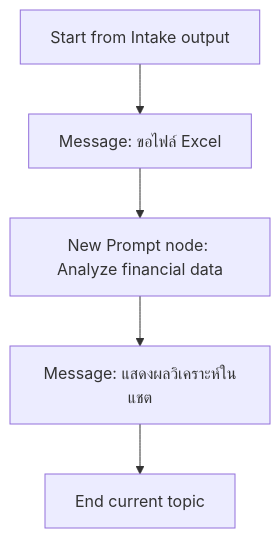
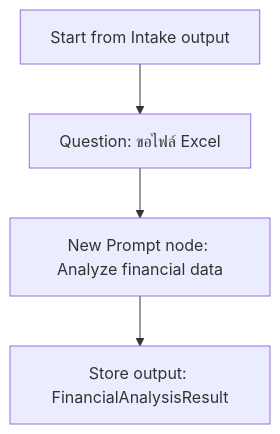
One commit to teerasej/SET-ai-creation-public changed the diagram in exercises/module-3/exercise-3-excel-analysis-action/README.md. Above: the diagram before and after it, drawn with Mermaid. The commit also changed other lines of this file and 13 other files, not shown here.

First line of the commit message:
Add README for Exercise 4: Display Analysis Result in Chat

````diff
--- a/exercises/module-3/exercise-3-excel-analysis-action/README.md
+++ b/exercises/module-3/exercise-3-excel-analysis-action/README.md
@@ -19,7 +19,6 @@
 ```mermaid
 flowchart TD
-    A[Start from Intake output] --> B[Message: ขอไฟล์ Excel]
-   B --> C[New Prompt node: Analyze financial data]
-   C --> D[Message: แสดงผลวิเคราะห์ในแชต]
-   D --> E[End current topic]
+    A[Start from Intake output] --> B[Question: ขอไฟล์ Excel]
+    B --> C[New Prompt node: Analyze financial data]
+    C --> D[Store output: FinancialAnalysisResult]
 ```
````
